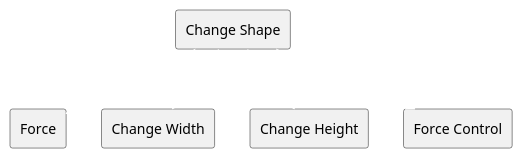
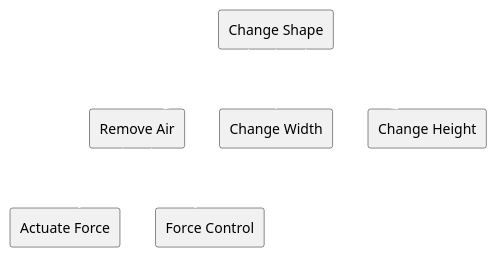
Before and after one commit to Doravandebuurt/project-industrial-automation-TPAC: the third of 6 diagrams in mdbook/src/chapter_31.md, drawn with PlantUML. The commit also changed 3 other files, not shown here.

````diff
--- a/mdbook/src/chapter_31.md
+++ b/mdbook/src/chapter_31.md
@@ -65,20 +65,21 @@
 ```plantuml
 @startuml
 skinparam backgroundColor transparent
 skinparam ArrowColor white
 
 
 RECTANGLE "Change Shape" as ChangeShape
-RECTANGLE "Force" as Force
+RECTANGLE "Actuate Force" as Force
+RECTANGLE "Remove Air" as RemoveAir
 RECTANGLE "Change Width" as ChangeWidth
 RECTANGLE "Change Height" as ChangeHeight
 RECTANGLE "Force Control" as ForceControl
 
-ChangeShape --> Force
-ChangeShape --> ForceControl
+ChangeShape --> RemoveAir
 ChangeShape --> ChangeWidth
 ChangeShape --> ChangeHeight
-
+RemoveAir --> Force
+RemoveAir --> ForceControl
 @enduml
 
 ```
````
